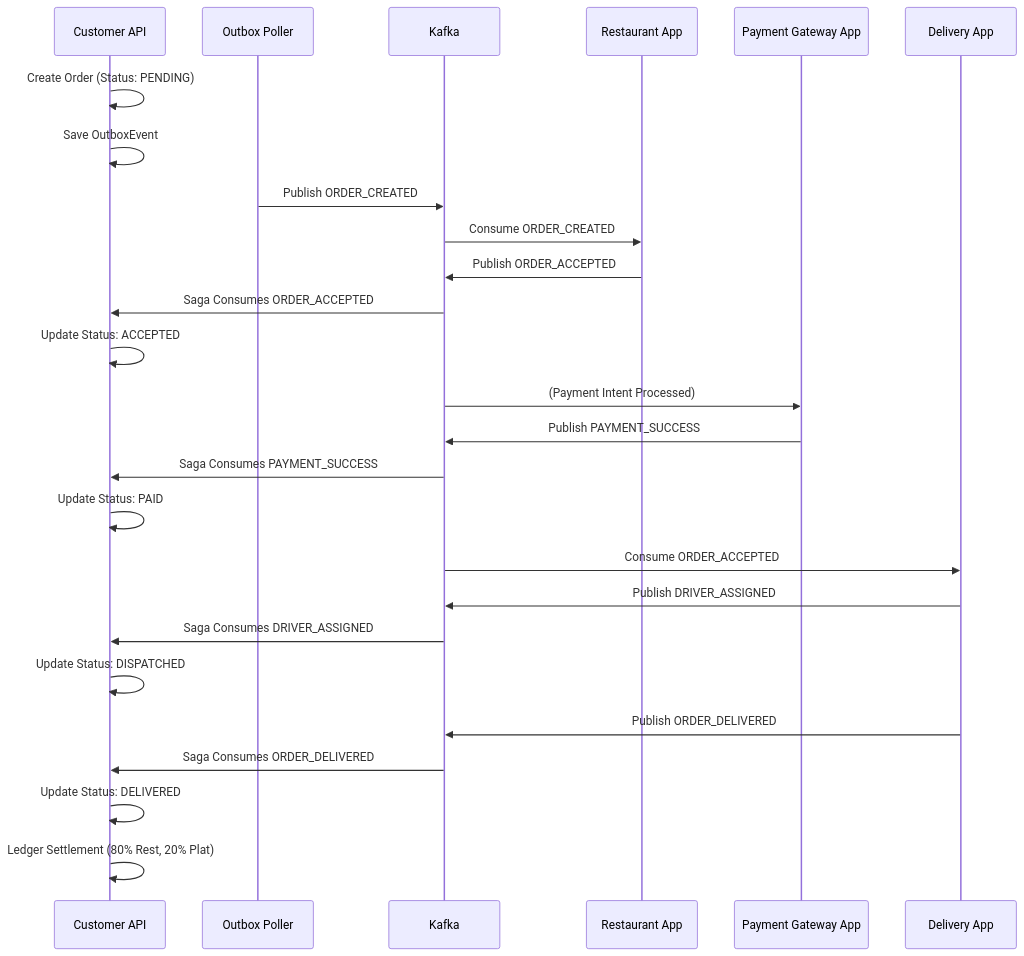
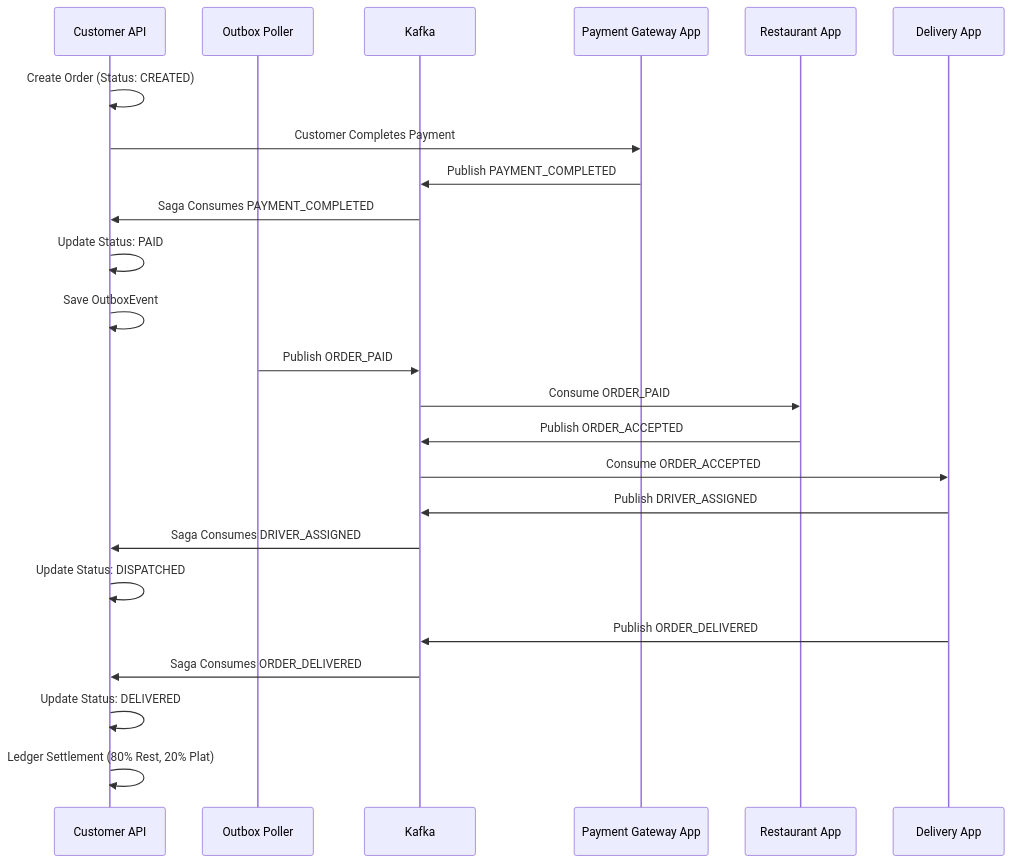
Before and after one commit to parthu-reddy/CustomerApplication: the diagram in README.md, drawn with Mermaid.

Commit message:
docs: Update README and diagrams to reflect true event execution flow

````diff
--- a/README.md
+++ b/README.md
@@ -22,33 +22,31 @@
 ```mermaid
 sequenceDiagram
     participant C as Customer API
     participant Outbox as Outbox Poller
     participant K as Kafka
+    participant Pay as Payment Gateway App
     participant Rest as Restaurant App
-    participant Pay as Payment Gateway App
     participant Del as Delivery App
 
-    C->>C: Create Order (Status: PENDING)
+    C->>C: Create Order (Status: CREATED)
+    
+    C->>Pay: Customer Completes Payment
+    Pay->>K: Publish PAYMENT_COMPLETED
+    K->>C: Saga Consumes PAYMENT_COMPLETED
+    C->>C: Update Status: PAID
     C->>C: Save OutboxEvent
-    Outbox->>K: Publish ORDER_CREATED
+    Outbox->>K: Publish ORDER_PAID
     
-    K->>Rest: Consume ORDER_CREATED
+    K->>Rest: Consume ORDER_PAID
     Rest->>K: Publish ORDER_ACCEPTED
-    K->>C: Saga Consumes ORDER_ACCEPTED
-    C->>C: Update Status: ACCEPTED
-    
-    K->>Pay: (Payment Intent Processed)
-    Pay->>K: Publish PAYMENT_SUCCESS
-    K->>C: Saga Consumes PAYMENT_SUCCESS
-    C->>C: Update Status: PAID
     
     K->>Del: Consume ORDER_ACCEPTED
     Del->>K: Publish DRIVER_ASSIGNED
     K->>C: Saga Consumes DRIVER_ASSIGNED
     C->>C: Update Status: DISPATCHED
     
     Del->>K: Publish ORDER_DELIVERED
     K->>C: Saga Consumes ORDER_DELIVERED
     C->>C: Update Status: DELIVERED
     C->>C: Ledger Settlement (80% Rest, 20% Plat)
 ```
````
